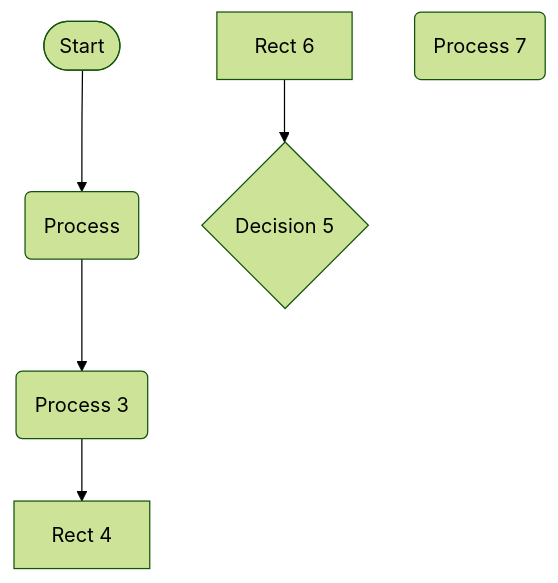
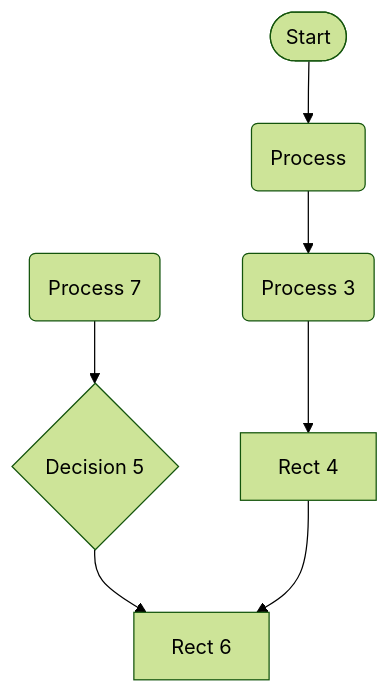
The diagram in mmd/流程图1_bce12562-173a-469d-af23-0a7174f9f99f.mmd (pingpm/mermaid_vault), drawn with Mermaid (forest theme) before and after one commit. The commit also changed 4 other files, not shown here.

Commit message:
Sync Mermaid Studio data (14 diagrams)

```diff
--- a/mmd/流程图1_bce12562-173a-469d-af23-0a7174f9f99f.mmd
+++ b/mmd/流程图1_bce12562-173a-469d-af23-0a7174f9f99f.mmd
@@ -1,12 +1,14 @@
 flowchart TD
   start(["Start"])
   1("Process")
   c6c59789-c1c6-4f40-b71e-37e621c2905e("Process 3")
   e555e08a-bfc9-47f3-9a7f-eaa219d94710["Rect 4"]
   d900c80b-cacd-4d95-b9a7-b296318b0ecc{"Decision 5"}
   7067bdf7-3e3b-4577-b873-457d3b43d792["Rect 6"]
   77dce497-5ba3-4212-b758-e5bf246f3329("Process 7")
   start --> 1
   1 --> c6c59789-c1c6-4f40-b71e-37e621c2905e
   c6c59789-c1c6-4f40-b71e-37e621c2905e --> e555e08a-bfc9-47f3-9a7f-eaa219d94710
-  7067bdf7-3e3b-4577-b873-457d3b43d792 --> d900c80b-cacd-4d95-b9a7-b296318b0ecc
+  77dce497-5ba3-4212-b758-e5bf246f3329 --> d900c80b-cacd-4d95-b9a7-b296318b0ecc
+  d900c80b-cacd-4d95-b9a7-b296318b0ecc --> 7067bdf7-3e3b-4577-b873-457d3b43d792
+  e555e08a-bfc9-47f3-9a7f-eaa219d94710 --> 7067bdf7-3e3b-4577-b873-457d3b43d792
```
